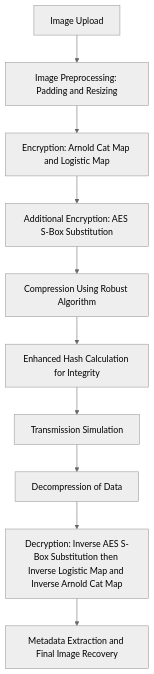
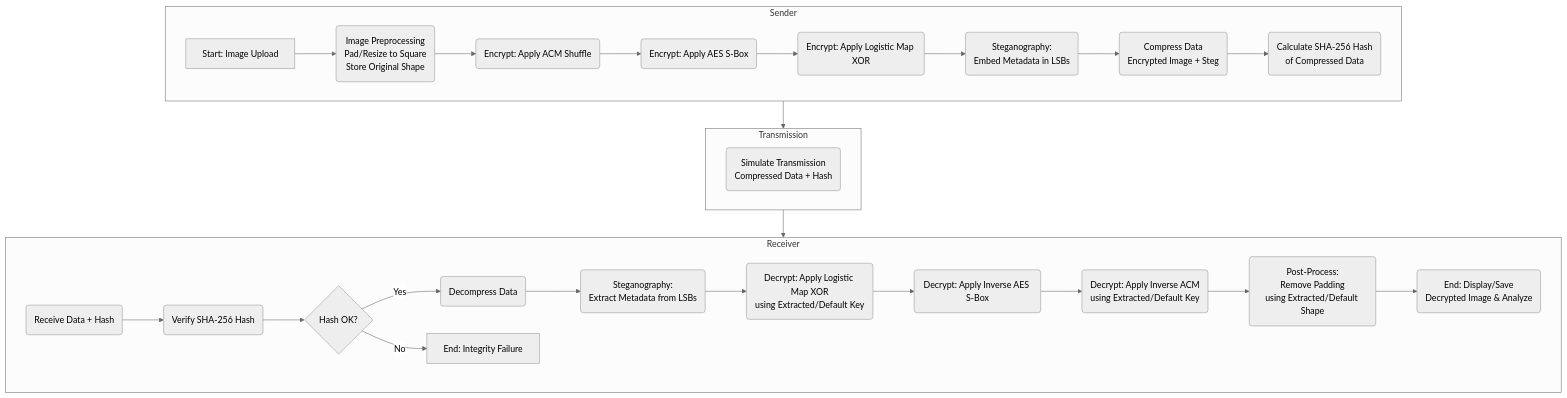
One commit to mintnchocochip/Image-Compression-and-Encryption-Pipeline changed the first of 3 diagrams in README.md. Above: the diagram before and after it, drawn with Mermaid (neutral theme). The commit also changed other lines of this file, not shown here.

````diff
--- a/README.md
+++ b/README.md
@@ -159,22 +260,54 @@
 ```mermaid
-flowchart TD 
-A[Image Upload] 
-B[Image Preprocessing: Padding and Resizing] 
-C[Encryption: Arnold Cat Map and Logistic Map]
-D[Additional Encryption: AES S-Box Substitution] 
-E[Compression Using Robust Algorithm] 
-F[Enhanced Hash Calculation for Integrity]
-G[Transmission Simulation] 
-H[Decompression of Data] 
-I[Decryption: Inverse AES S-Box Substitution then Inverse Logistic Map and Inverse Arnold Cat Map]
-J[Metadata Extraction and Final Image Recovery] 
-A --> B 
-B --> C 
-C --> D 
-D --> E 
-E --> F 
-F --> G 
-G --> H 
-H --> I 
-I --> J
+graph TD
+  A[Start: Image Upload] --> B(Image Preprocessing<br>Pad/Resize to Square<br>Store Original Shape)
+  B --> C(Encrypt: Apply ACM Shuffle)
+  C --> D(Encrypt: Apply AES S-Box)
+  D --> E(Encrypt: Apply Logistic Map XOR)
+  E --> F(Steganography:<br>Embed Metadata in LSBs)
+  F --> G(Compress Data<br>Encrypted Image + Steg)
+  G --> H(Calculate SHA-256 Hash<br>of Compressed Data)
+  H --> I(Simulate Transmission<br>Compressed Data + Hash)
+  I --> J(Receive Data + Hash)
+  J --> K(Verify SHA-256 Hash)
+  K --> L{Hash OK?}
+  L -- Yes --> M(Decompress Data)
+  L -- No --> Z_Fail[End: Integrity Failure]
+  M --> N(Steganography:<br>Extract Metadata from LSBs)
+  N --> O(Decrypt: Apply Logistic Map XOR<br>using Extracted/Default Key)
+  O --> P(Decrypt: Apply Inverse AES S-Box)
+  P --> Q(Decrypt: Apply Inverse ACM<br>using Extracted/Default Key)
+  Q --> R(Post-Process:<br>Remove Padding<br>using Extracted/Default Shape)
+  R --> S(End: Display/Save<br>Decrypted Image & Analyze)
+  
+  subgraph Sender
+    direction LR
+    A
+    B
+    C
+    D
+    E
+    F
+    G
+    H
+  end
+  
+  subgraph Transmission
+    direction LR
+    I
+  end
+  
+  subgraph Receiver
+    direction LR
+    J
+    K
+    L
+    M
+    N
+    O
+    P
+    Q
+    R
+    S
+    Z_Fail
+  end
 ```
````
